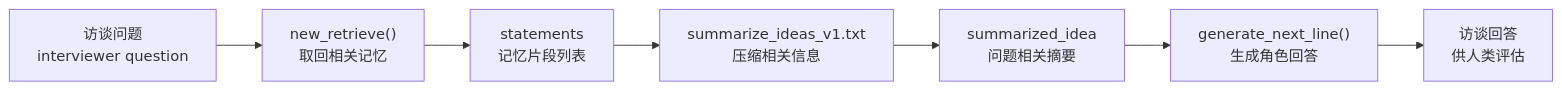
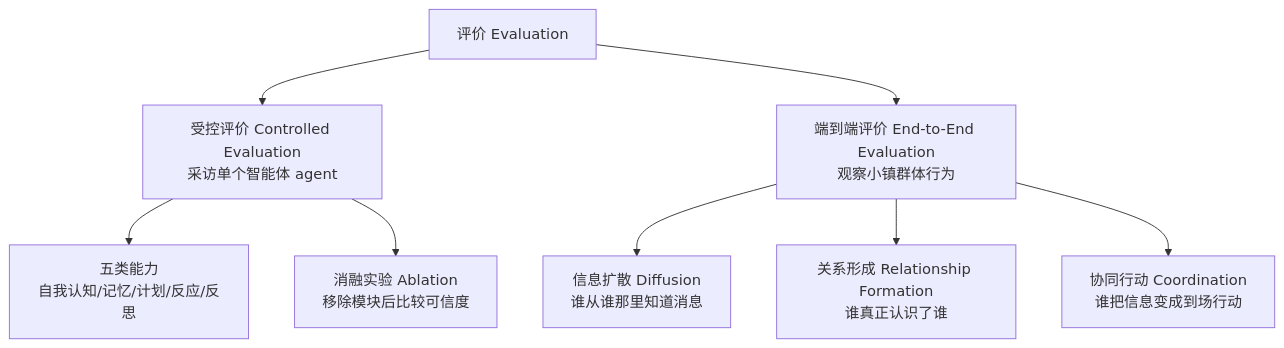
One commit to tbkken/GenerativeAgentsCN changed the second of 3 diagrams in docs/book/manuscript/part_01/chapter_11.md. Above: the diagram before and after it, drawn with Mermaid. The commit also changed other lines of this file and 16 other files, not shown here.

````diff
--- a/docs/book/manuscript/part_01/chapter_11.md
+++ b/docs/book/manuscript/part_01/chapter_11.md
@@ -212,9 +71,10 @@
 ```mermaid
-flowchart LR
-    Question["访谈问题<br/>interviewer question"] --> Retrieve["new_retrieve()<br/>取回相关记忆"]
-    Retrieve --> Statements["statements<br/>记忆片段列表"]
-    Statements --> SummaryPrompt["summarize_ideas_v1.txt<br/>压缩相关信息"]
-    SummaryPrompt --> Summary["summarized_idea<br/>问题相关摘要"]
-    Summary --> NextLine["generate_next_line()<br/>生成角色回答"]
-    NextLine --> Answer["访谈回答<br/>供人类评估"]
+flowchart TD
+    E["评价 Evaluation"] --> C["受控评价 Controlled Evaluation<br/>采访单个智能体 agent"]
+    E --> T["端到端评价 End-to-End Evaluation<br/>观察小镇群体行为"]
+    C --> F["五类能力<br/>自我认知/记忆/计划/反应/反思"]
+    C --> AB["消融实验 Ablation<br/>移除模块后比较可信度"]
+    T --> D["信息扩散 Diffusion<br/>谁从谁那里知道消息"]
+    T --> R["关系形成 Relationship Formation<br/>谁真正认识了谁"]
+    T --> CO["协同行动 Coordination<br/>谁把信息变成到场行动"]
 ```
````
